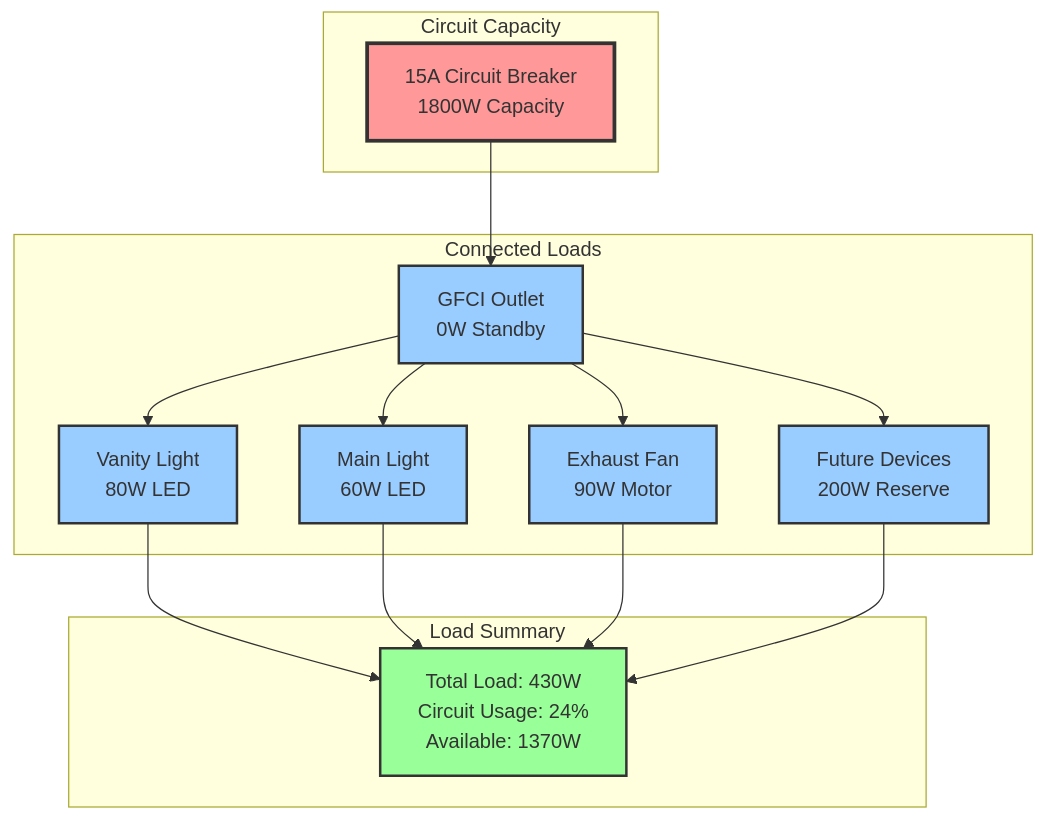
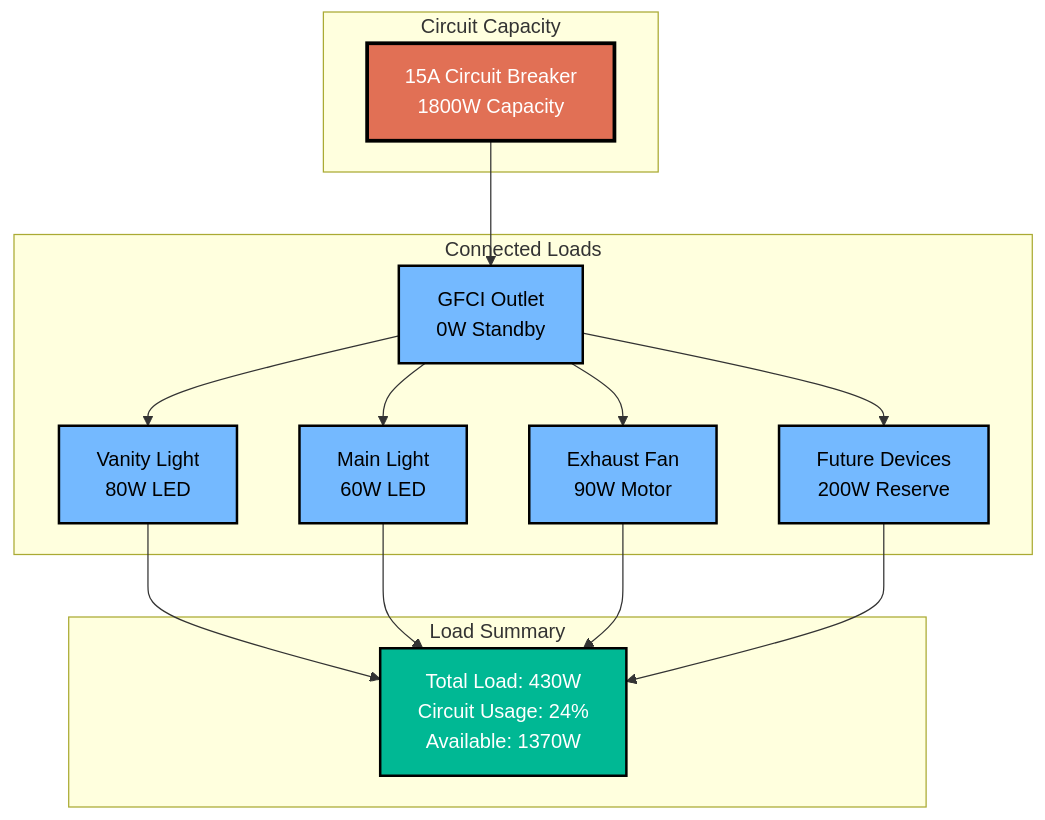
The sixth of 7 diagrams in diagrams/mermaid-wiring-diagram.md (ticklemycode/electrical-wiring), drawn with Mermaid before and after one commit. The commit also changed other lines of this file, not shown here.

Commit message:
Mermaid diagram style updates

````diff
--- a/diagrams/mermaid-wiring-diagram.md
+++ b/diagrams/mermaid-wiring-diagram.md
@@ -246,37 +246,37 @@
 ```mermaid
 flowchart TD
     subgraph "Circuit Capacity"
         BREAKER[15A Circuit Breaker<br/>1800W Capacity]
     end
     
     subgraph "Connected Loads"
         GFCI[GFCI Outlet<br/>0W Standby]
         VL[Vanity Light<br/>80W LED]
         ML[Main Light<br/>60W LED]
         FAN[Exhaust Fan<br/>90W Motor]
         FUTURE[Future Devices<br/>200W Reserve]
     end
     
     subgraph "Load Summary"
         TOTAL[Total Load: 430W<br/>Circuit Usage: 24%<br/>Available: 1370W]
     end
     
     BREAKER --> GFCI
     GFCI --> VL
     GFCI --> ML
     GFCI --> FAN
     GFCI --> FUTURE
     
     VL --> TOTAL
     ML --> TOTAL
     FAN --> TOTAL
     FUTURE --> TOTAL
     
-    classDef capacityStyle fill:#ff9999,stroke:#333,stroke-width:3px
-    classDef loadStyle fill:#99ccff,stroke:#333,stroke-width:2px
-    classDef summaryStyle fill:#99ff99,stroke:#333,stroke-width:2px
+    classDef capacityStyle fill:#e17055,stroke:#000,stroke-width:3px,color:#fff
+    classDef loadStyle fill:#74b9ff,stroke:#000,stroke-width:2px,color:#000
+    classDef summaryStyle fill:#00b894,stroke:#000,stroke-width:2px,color:#fff
     
     class BREAKER capacityStyle
     class GFCI,VL,ML,FAN,FUTURE loadStyle
     class TOTAL summaryStyle
 ```
````
